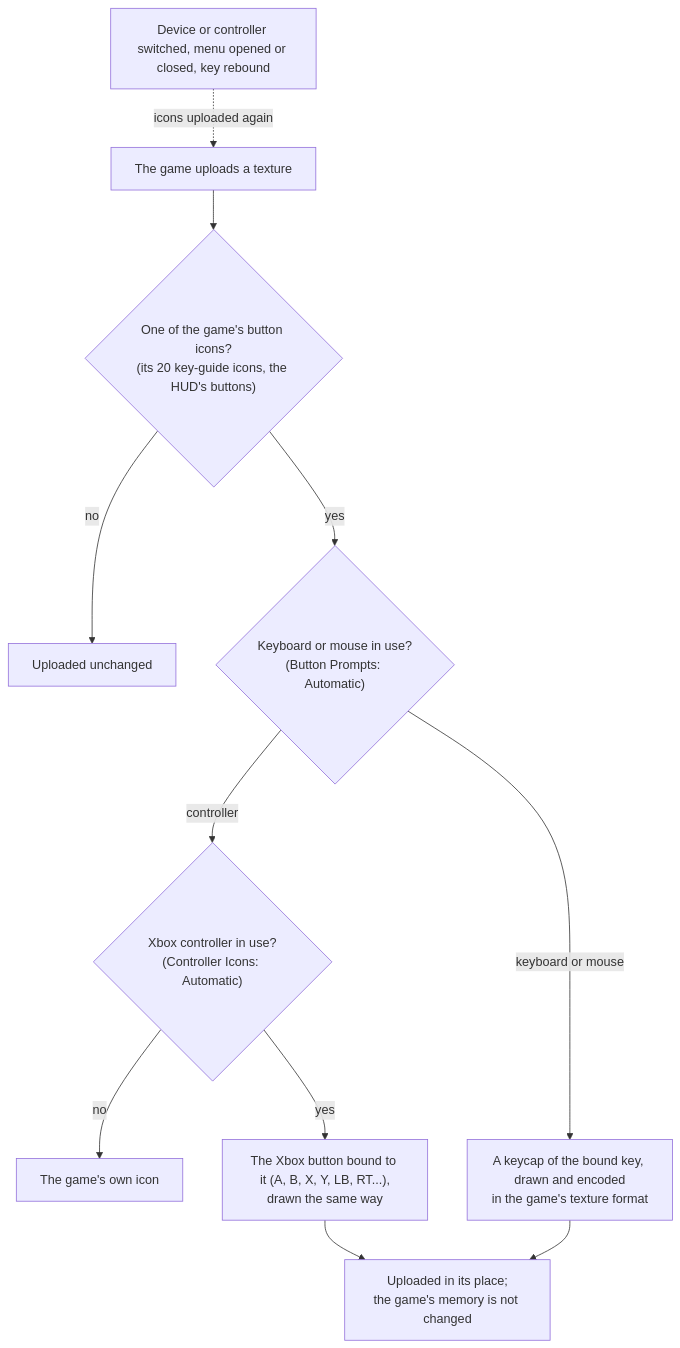
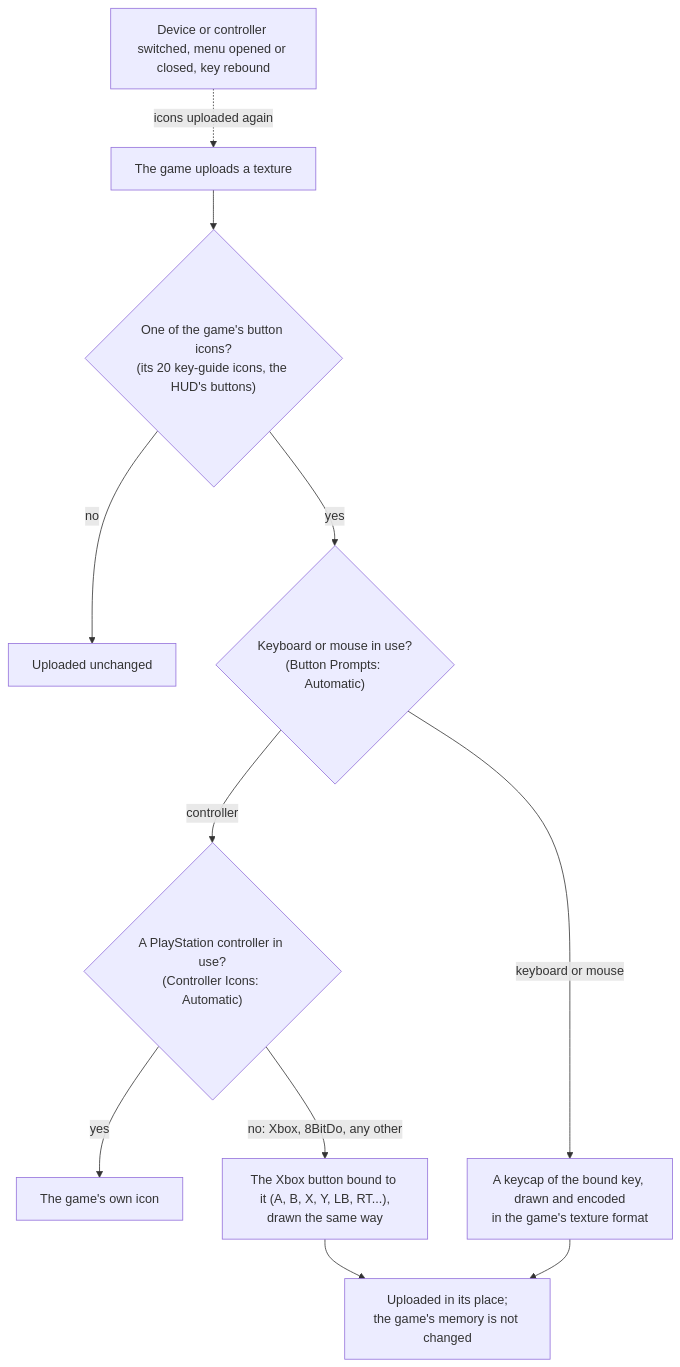
One commit to 123456qewret/LanternEngine changed the third of 5 diagrams in README.md. Above: the diagram before and after it, drawn with Mermaid. The commit also changed other lines of this file, not shown here.

Commit message:
README: engine summary and flowcharts for 0.9.20 (VRAM, starting the game, button prompts, stability)

````diff
--- a/README.md
+++ b/README.md
@@ -138,13 +142,13 @@
 ```mermaid
 flowchart TD
     T["The game uploads a texture"] --> I{"One of the game's button icons?<br/>(its 20 key-guide icons, the HUD's buttons)"}
     I -->|"no"| N["Uploaded unchanged"]
     I -->|"yes"| D{"Keyboard or mouse in use?<br/>(Button Prompts: Automatic)"}
-    D -->|"controller"| X{"Xbox controller in use?<br/>(Controller Icons: Automatic)"}
-    X -->|"no"| O["The game's own icon"]
-    X -->|"yes"| P["The Xbox button bound to it (A, B, X, Y, LB, RT...),<br/>drawn the same way"]
+    D -->|"controller"| X{"A PlayStation controller in use?<br/>(Controller Icons: Automatic)"}
+    X -->|"yes"| O["The game's own icon"]
+    X -->|"no: Xbox, 8BitDo, any other"| P["The Xbox button bound to it (A, B, X, Y, LB, RT...),<br/>drawn the same way"]
     P --> U
     D -->|"keyboard or mouse"| K["A keycap of the bound key, drawn and encoded<br/>in the game's texture format"]
     K --> U["Uploaded in its place;<br/>the game's memory is not changed"]
     S["Device or controller switched, menu opened or closed, key rebound"] -.->|"icons uploaded again"| T
 ```
````
